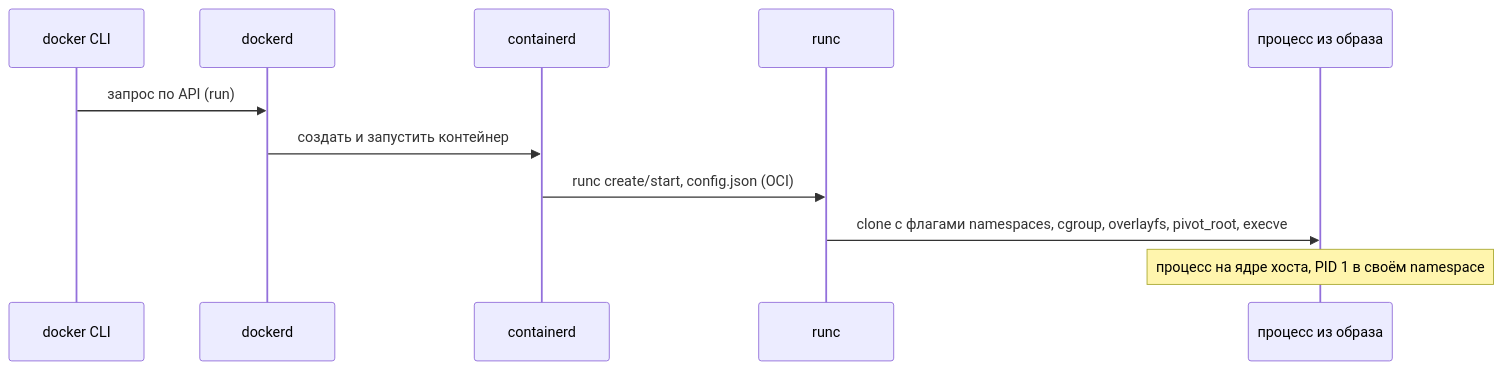
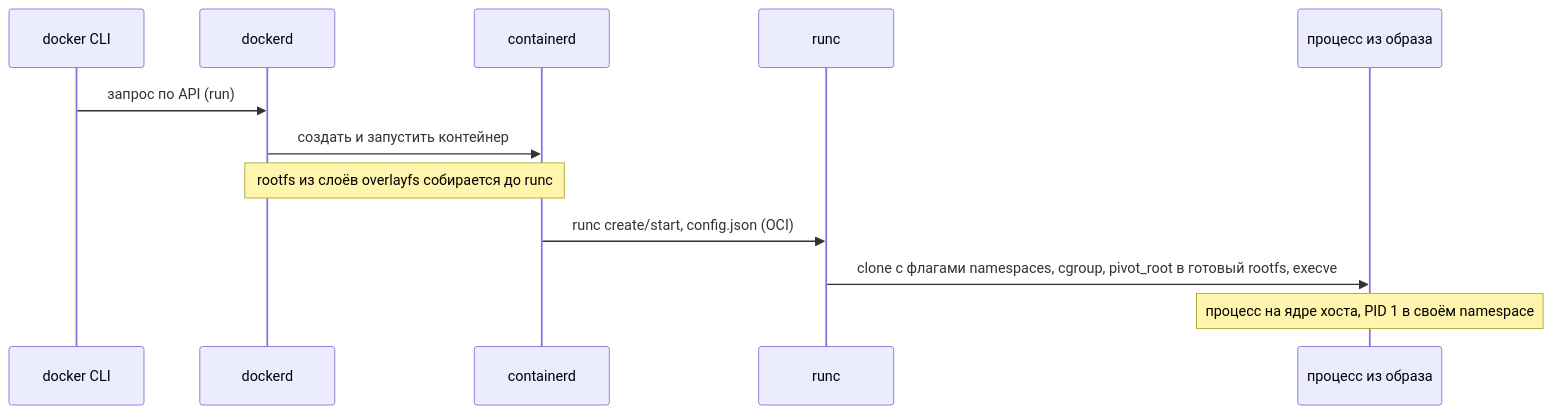
Before and after one commit to iamthen0ise/reference: the diagram in Linux/Контейнеры изнутри.md, drawn with Mermaid. The commit also changed other lines of this file, not shown here.

````diff
--- a/Linux/Контейнеры изнутри.md
+++ b/Linux/Контейнеры изнутри.md
@@ -411,13 +411,14 @@
 ```mermaid
 sequenceDiagram
     participant C as docker CLI
     participant D as dockerd
     participant K as containerd
     participant R as runc
     participant P as процесс из образа
     C->>D: запрос по API (run)
     D->>K: создать и запустить контейнер
+    Note over D,K: rootfs из слоёв overlayfs собирается до runc
     K->>R: runc create/start, config.json (OCI)
-    R->>P: clone с флагами namespaces, cgroup, overlayfs, pivot_root, execve
+    R->>P: clone с флагами namespaces, cgroup, pivot_root в готовый rootfs, execve
     Note over P: процесс на ядре хоста, PID 1 в своём namespace
 ```
````
